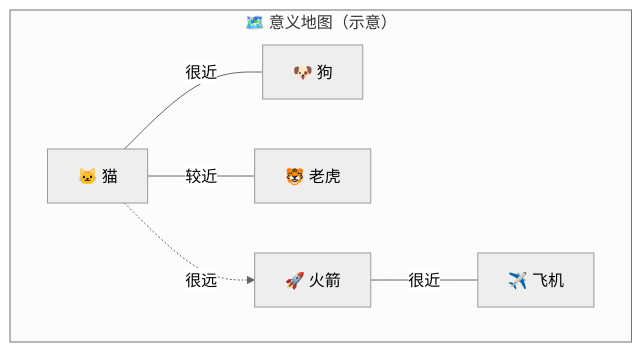
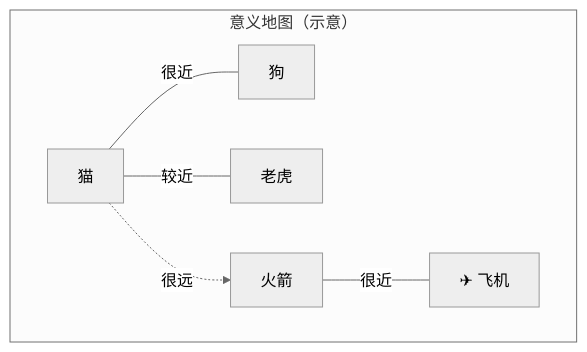
One commit to luckykhy/KhyAiHub changed the second of 8 diagrams in docs/02_CONCEPTS_概念入门/CONCEPT/[CONCEPT-09] 什么是Embedding-向量.md. Above: the diagram before and after it, drawn with Mermaid (neutral theme). The commit also changed other lines of this file and 19 other files, not shown here.

````diff
--- a/docs/02_CONCEPTS_概念入门/CONCEPT/[CONCEPT-09] 什么是Embedding-向量.md
+++ b/docs/02_CONCEPTS_概念入门/CONCEPT/[CONCEPT-09] 什么是Embedding-向量.md
@@ -79,14 +79,14 @@
 ```mermaid
 flowchart TB
-  subgraph MAP["🗺️ 意义地图（示意）"]
-    CAT["🐱 猫"]
-    DOG["🐶 狗"]
-    TIGER["🐯 老虎"]
-    ROCKET["🚀 火箭"]
-    PLANE["✈️ 飞机"]
+  subgraph MAP["意义地图（示意）"]
+    CAT["猫"]
+    DOG["狗"]
+    TIGER["老虎"]
+    ROCKET["火箭"]
+    PLANE["✈ 飞机"]
   end
   CAT ---|很近| DOG
   CAT ---|较近| TIGER
   ROCKET ---|很近| PLANE
   CAT -.->|很远| ROCKET
 ```
````
